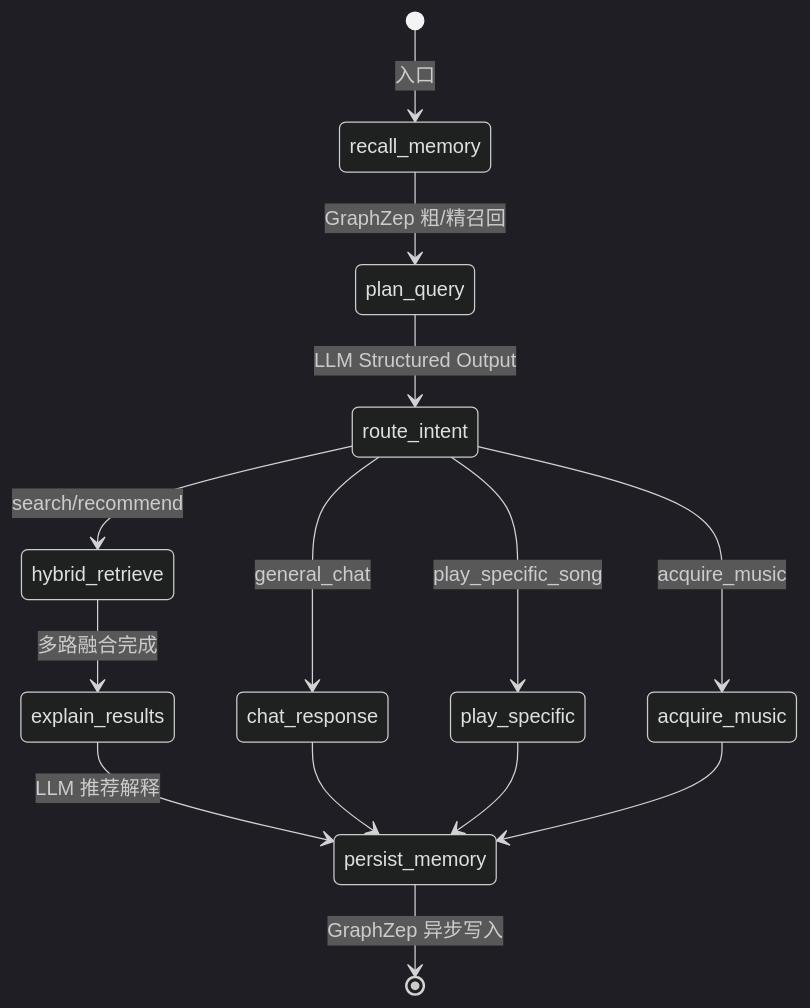
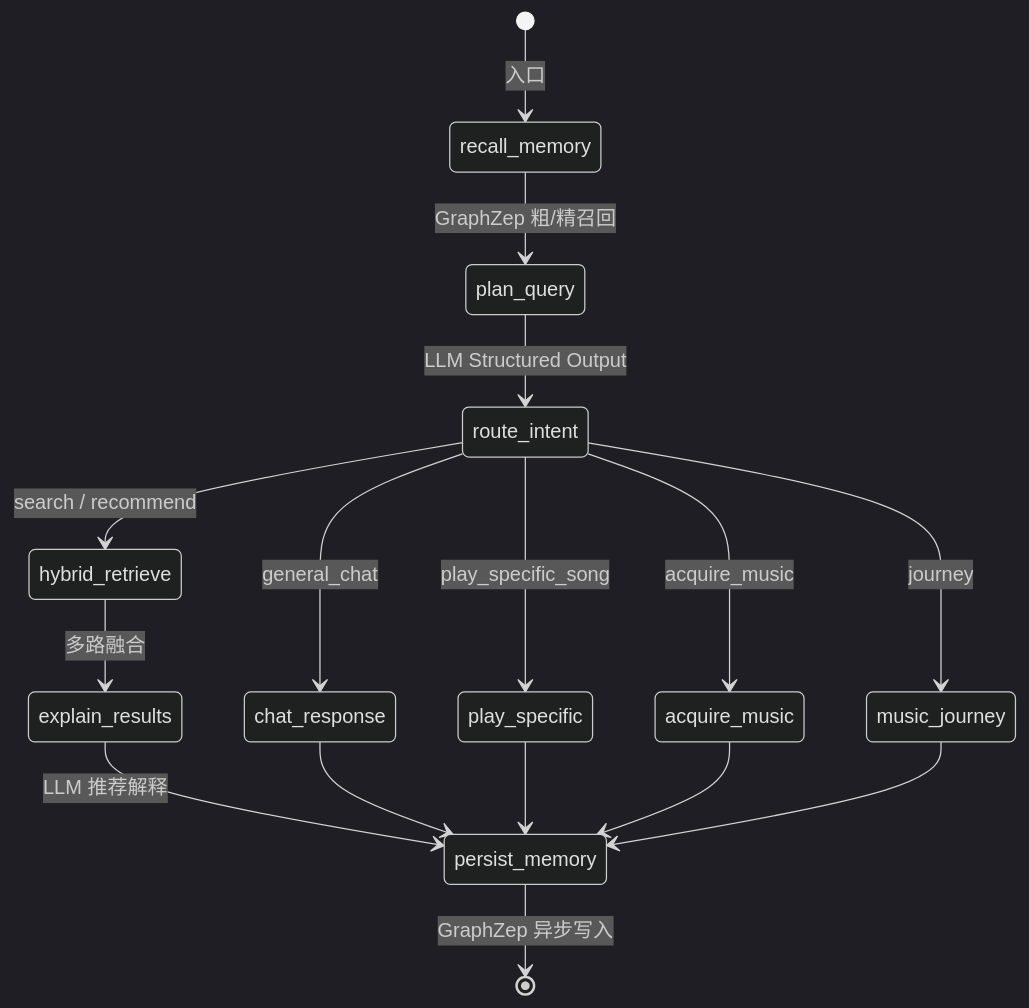
One commit to hgsanyang/SoulTuner-Agent changed the first of 2 diagrams in README.md. Above: the diagram before and after it, drawn with Mermaid (dark theme). The commit also changed other lines of this file, not shown here.

````diff
--- a/README.md
+++ b/README.md
@@ -188,19 +162,22 @@
 ```mermaid
 stateDiagram-v2
     [*] --> recall_memory: 入口
     recall_memory --> plan_query: GraphZep 粗/精召回
     plan_query --> route_intent: LLM Structured Output
-    
-    route_intent --> hybrid_retrieve: search/recommend
+
+    route_intent --> hybrid_retrieve: search / recommend
     route_intent --> chat_response: general_chat
     route_intent --> play_specific: play_specific_song
     route_intent --> acquire_music: acquire_music
-    
-    hybrid_retrieve --> explain_results: 多路融合完成
+    route_intent --> music_journey: journey
+
+    hybrid_retrieve --> explain_results: 多路融合
     explain_results --> persist_memory: LLM 推荐解释
+
     chat_response --> persist_memory
     play_specific --> persist_memory
     acquire_music --> persist_memory
-    
+    music_journey --> persist_memory
+
     persist_memory --> [*]: GraphZep 异步写入
 ```
````
